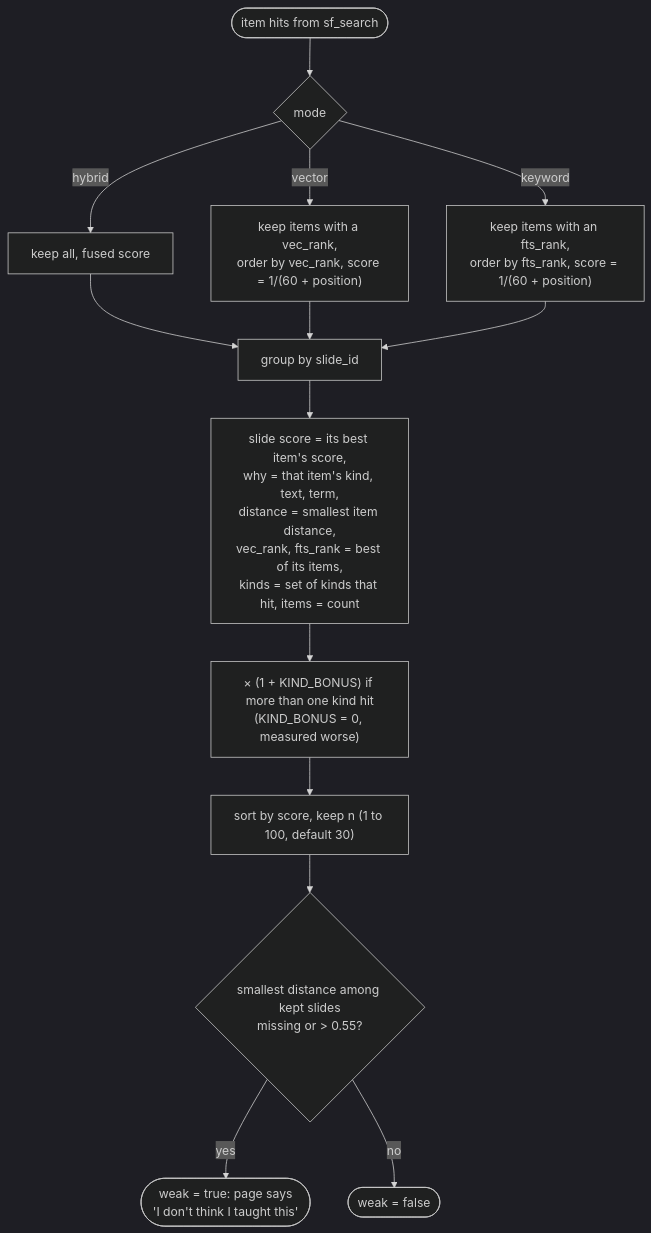
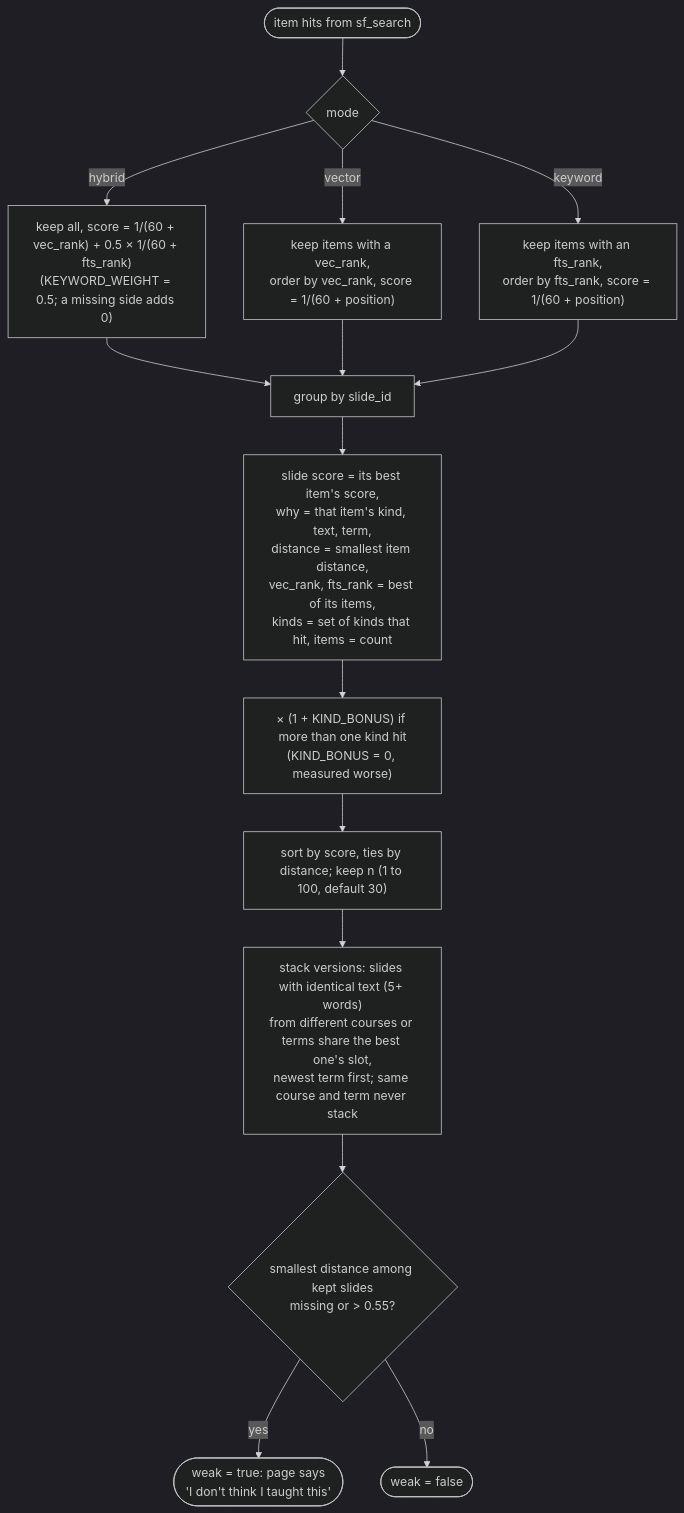
Before and after one commit to bcollier/slide-finder: diagram 14 of 20 in README.md, drawn with Mermaid (dark theme). The commit also changed other lines of this file and 3 other files, not shown here.

````diff
--- a/README.md
+++ b/README.md
@@ -1011,14 +1079,15 @@
 ```mermaid
 flowchart TB
     H(["item hits from sf_search"]) --> M{"mode"}
-    M -- hybrid --> K1["keep all, fused score"]
+    M -- hybrid --> K1["keep all, score = 1/(60 + vec_rank) + 0.5 × 1/(60 + fts_rank)<br/>(KEYWORD_WEIGHT = 0.5; a missing side adds 0)"]
     M -- vector --> K2["keep items with a vec_rank,<br/>order by vec_rank, score = 1/(60 + position)"]
     M -- keyword --> K3["keep items with an fts_rank,<br/>order by fts_rank, score = 1/(60 + position)"]
     K1 & K2 & K3 --> G["group by slide_id"]
     G --> B["slide score = its best item's score,<br/>why = that item's kind, text, term,<br/>distance = smallest item distance,<br/>vec_rank, fts_rank = best of its items,<br/>kinds = set of kinds that hit, items = count"]
     B --> BO["× (1 + KIND_BONUS) if more than one kind hit<br/>(KIND_BONUS = 0, measured worse)"]
-    BO --> T["sort by score, keep n (1 to 100, default 30)"]
-    T --> W{"smallest distance among kept slides<br/>missing or > 0.55?"}
+    BO --> T["sort by score, ties by distance; keep n (1 to 100, default 30)"]
+    T --> SV["stack versions: slides with identical text (5+ words)<br/>from different courses or terms share the best one's slot,<br/>newest term first; same course and term never stack"]
+    SV --> W{"smallest distance among kept slides<br/>missing or > 0.55?"}
     W -- yes --> WK(["weak = true: page says<br/>'I don't think I taught this'"])
     W -- no --> OK(["weak = false"])
 ```
````
